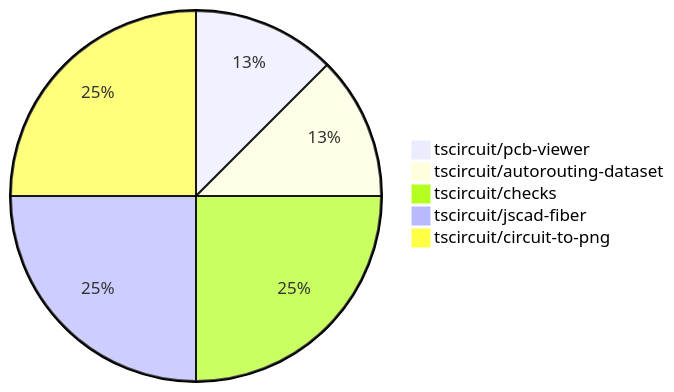
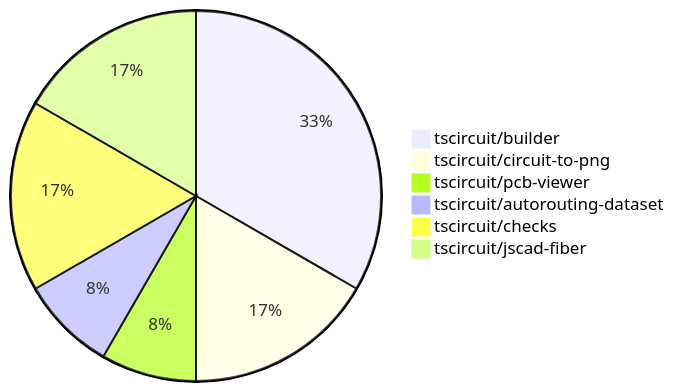
The diagram in README.md (tscircuit/contribution-tracker), drawn with Mermaid before and after one commit. The commit also changed other lines of this file and 1 other file, not shown here.

````diff
--- a/README.md
+++ b/README.md
@@ -24,8 +24,9 @@
 ```mermaid
 pie
+    "tscircuit/builder" : 4
+    "tscircuit/circuit-to-png" : 2
     "tscircuit/pcb-viewer" : 1
     "tscircuit/autorouting-dataset" : 1
     "tscircuit/checks" : 2
     "tscircuit/jscad-fiber" : 2
-    "tscircuit/circuit-to-png" : 2
 ```
````
